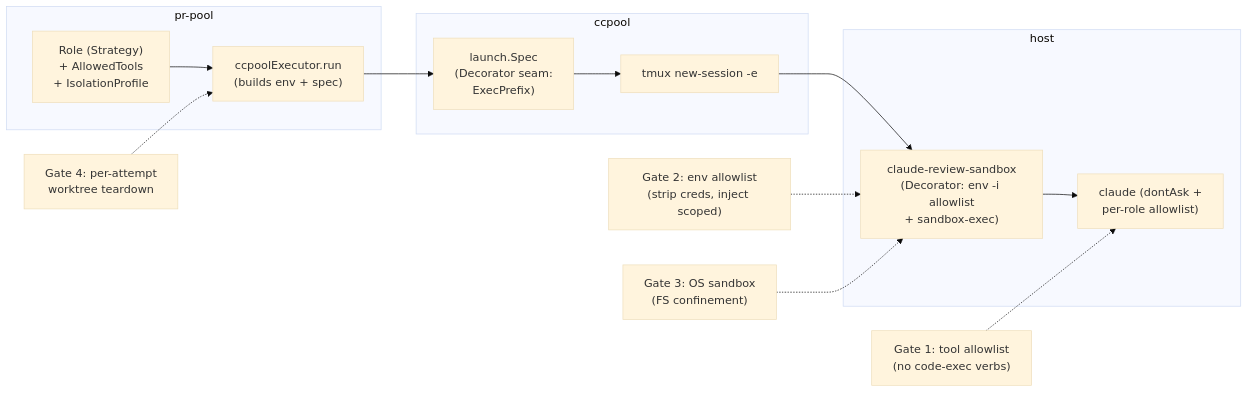
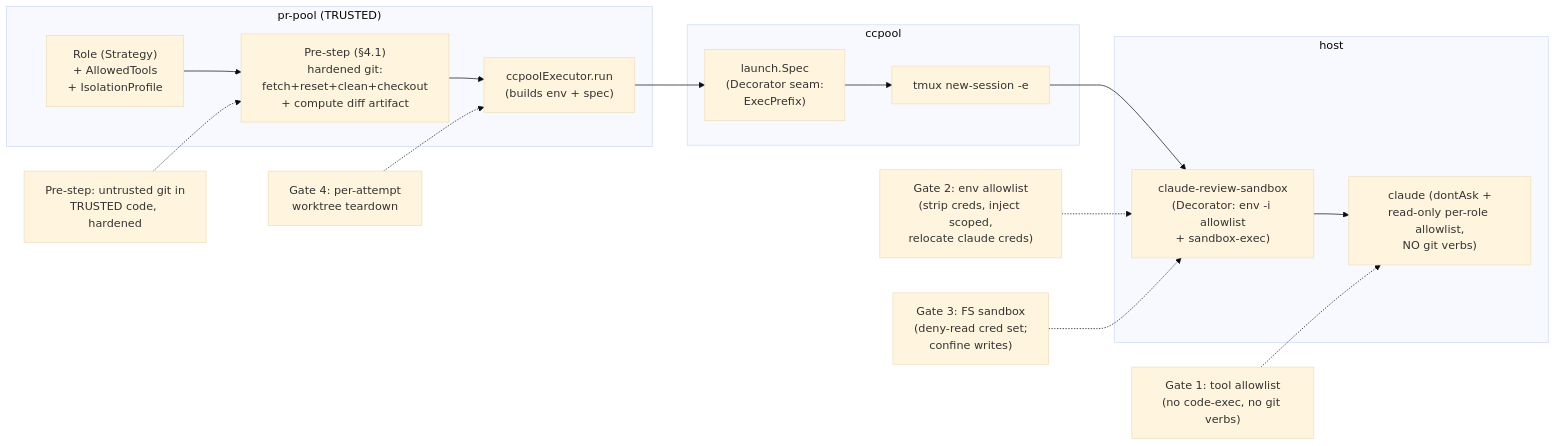
Before and after one commit to phillipgreenii/nix-agent-support: the second of 2 diagrams in docs/superpowers/plans/2026-07-15-pr-pool-untrusted-content-isolation.md, drawn with Mermaid (base theme). The commit also changed other lines of this file and 1 other file, not shown here.

First line of the commit message:
docs(pr-pool): revise review-isolation design for blocking review (B1-B5)

````diff
--- a/docs/superpowers/plans/2026-07-15-pr-pool-untrusted-content-isolation.md
+++ b/docs/superpowers/plans/2026-07-15-pr-pool-untrusted-content-isolation.md
@@ -170,22 +268,24 @@
 ```mermaid
 flowchart LR
-    subgraph pr-pool
+    subgraph pr-pool_trusted["pr-pool (TRUSTED)"]
       R["Role (Strategy)<br/>+ AllowedTools<br/>+ IsolationProfile"]
+      P["Pre-step (§4.1)<br/>hardened git:<br/>fetch+reset+clean+checkout<br/>+ compute diff artifact"]
       X["ccpoolExecutor.run<br/>(builds env + spec)"]
     end
     subgraph ccpool
       L["launch.Spec<br/>(Decorator seam:<br/>ExecPrefix)"]
       T["tmux new-session -e"]
     end
     subgraph host
       W["claude-review-sandbox<br/>(Decorator: env -i allowlist<br/>+ sandbox-exec)"]
-      C["claude (dontAsk +<br/>per-role allowlist)"]
+      C["claude (dontAsk +<br/>read-only per-role allowlist,<br/>NO git verbs)"]
     end
 
-    R --> X --> L --> T --> W --> C
+    R --> P --> X --> L --> T --> W --> C
 
-    G1["Gate 1: tool allowlist<br/>(no code-exec verbs)"] -.-> C
-    G2["Gate 2: env allowlist<br/>(strip creds, inject scoped)"] -.-> W
-    G3["Gate 3: OS sandbox<br/>(FS confinement)"] -.-> W
+    G0["Pre-step: untrusted git in<br/>TRUSTED code, hardened"] -.-> P
+    G1["Gate 1: tool allowlist<br/>(no code-exec, no git verbs)"] -.-> C
+    G2["Gate 2: env allowlist<br/>(strip creds, inject scoped,<br/>relocate claude creds)"] -.-> W
+    G3["Gate 3: FS sandbox<br/>(deny-read cred set;<br/>confine writes)"] -.-> W
     G4["Gate 4: per-attempt<br/>worktree teardown"] -.-> X
 ```
````
